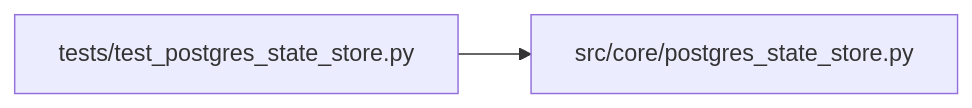
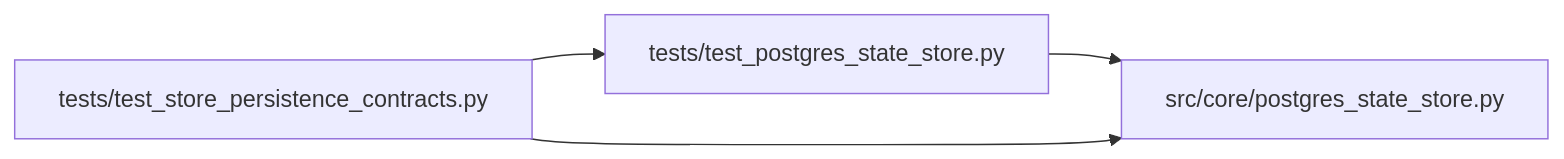
The diagram in docs/llm_wiki/modules/test_postgres_state_store.md (Denissvgn/autoresearch-agent), drawn with Mermaid before and after one commit. The commit also changed other lines of this file and 1033 other files, not shown here.

````diff
--- a/docs/llm_wiki/modules/test_postgres_state_store.md
+++ b/docs/llm_wiki/modules/test_postgres_state_store.md
@@ -31,8 +32,12 @@
 ```mermaid
 flowchart LR
     n0["src/core/postgres_state_store.py"]
     n1["tests/test_postgres_state_store.py"]
+    n2["tests/test_store_persistence_contracts.py"]
     n1 --> n0
+    n2 --> n0
+    n2 --> n1
     click n0 "../modules/postgres_state_store.md"
     click n1 "../modules/test_postgres_state_store.md"
+    click n2 "../modules/test_store_persistence_contracts.md"
 ```
````
